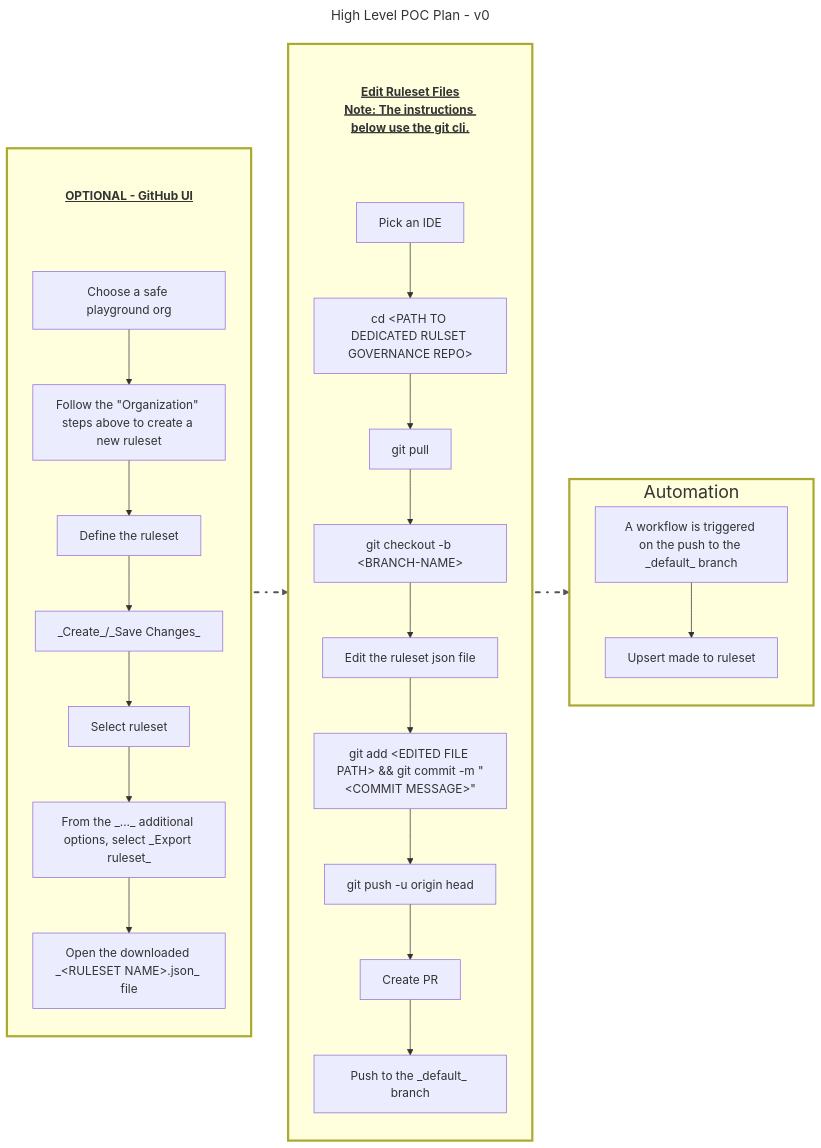
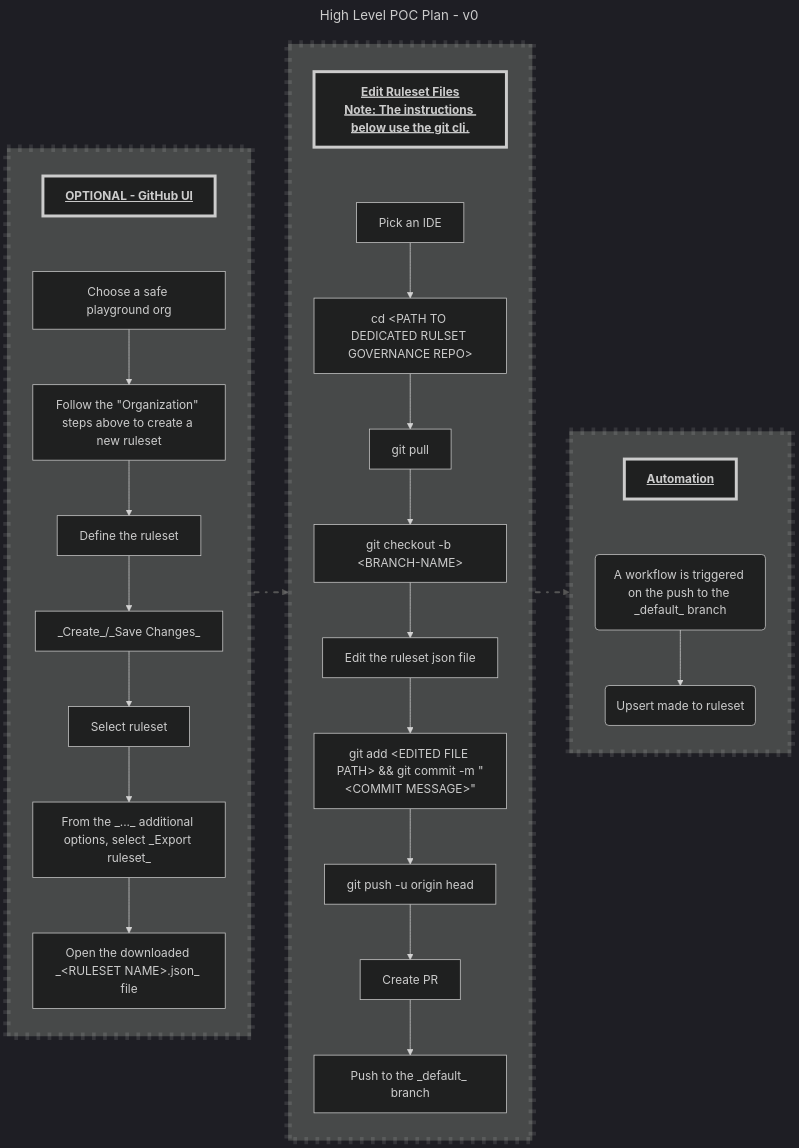
Before and after one commit to jwilliams-gh-sandbox/ruleset-governance: the diagram in .github/README.md, drawn with Mermaid.

````diff
--- a/.github/README.md
+++ b/.github/README.md
@@ -50,50 +50,54 @@
 ```mermaid
 ---
 title: High Level POC Plan - v0
 ---
+%%{init: {'theme':'dark'}}%%
 flowchart LR
     subgraph optional_ui[ ]
         direction TB
         title_optional_ui["OPTIONAL - GitHub UI"] ~~~ choose_playground["Choose a safe playground org"]
         choose_playground --> follow_steps["Follow the #quot;Organization#quot; steps above to create a new ruleset"]
         follow_steps --> define_props["Define the ruleset"]
         define_props --> create["_Create_/_Save Changes_"]
         create --> select_ruleset["Select ruleset"]
         select_ruleset --> export["From the _..._ additional options, select _Export ruleset_"]
         export --> download["Open the downloaded _&lt;RULESET NAME&gt;.json_ file"]
     end
 
     subgraph edit_rulesets[ ]
         direction TB
         title_edit_rulesets["Edit Ruleset Files<br />Note: The instructions below use the git cli."] ~~~ pick_ide["Pick an IDE"]
         pick_ide --> cd_repo["`cd &lt;PATH TO DEDICATED RULSET GOVERNANCE REPO&gt;`"]
         cd_repo --> git_pull["`git pull`"]
         git_pull --> git_checkout["`git checkout -b &lt;BRANCH-NAME&gt;`"]
         git_checkout --> edit_file["Edit the ruleset json file"]
         edit_file --> gcam["`git add &lt;EDITED FILE PATH&gt; && git commit -m #quot;&lt;COMMIT MESSAGE&gt;#quot;`"]
         gcam --> git_push["`git push -u origin head`"]
         git_push --> create_pr["Create PR"]
         create_pr --> push_default["Push to the _default_ branch"]
     end
 
     optional_ui optional_ui_to_edit_rulesets@--> edit_rulesets
 
-    subgraph automation["Automation"]
+    subgraph automation[ ]
         direction TB
-        workflow_trigger["A workflow is triggered on the push to the _default_ branch"] --> workflow_diff_discovery["Upsert made to ruleset"]
+        title_automation["Automation"] ~~~ workflow_trigger("A workflow is triggered on the push to the _default_ branch")
+        workflow_trigger --> workflow_diff_discovery("Upsert made to ruleset")
     end
 
     edit_rulesets edit_rulesets_to_automation@--> automation
 
     %% arrow styles
     classDef animate_arrow stroke: #555, stroke-linecap:round, stroke-dasharray: 1 10 5 10, stroke-dashoffset: 500px, stroke-width:3px, animation: dash 50s linear infinite;
     class optional_ui_to_edit_rulesets,edit_rulesets_to_automation animate_arrow
 
     %% title styles
-    classDef title stroke: none, fill: none, font-size: 100%, text-decoration: underline, font-weight:bold;
-    class title_optional_ui,title_edit_rulesets title
+    classDef title stroke-width:4px, text-decoration: underline, font-weight:bold;
+    class title_optional_ui,title_edit_rulesets,title_automation title
 
-    %% title styles
-    classDef subGraph font-size:24px, stroke-width:3px;
-    class optional_ui,edit_rulesets,automation subGraph
+    %% subgraph styles
+    classDef _subgraph stroke-width:10px, stroke-dasharray: 5 10, stoke-linecap: round, stroke-opacity: 40%;
+    class optional_ui,edit_rulesets,automation _subgraph
+
+
 ```
````
